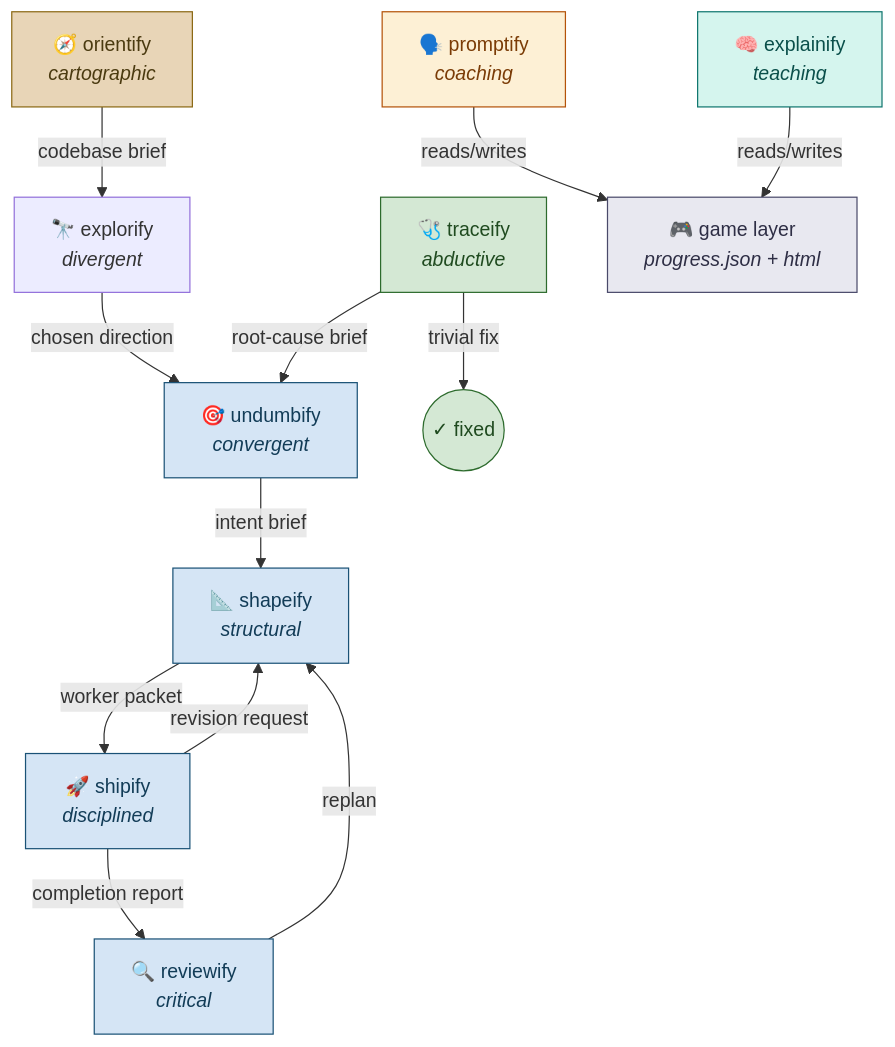
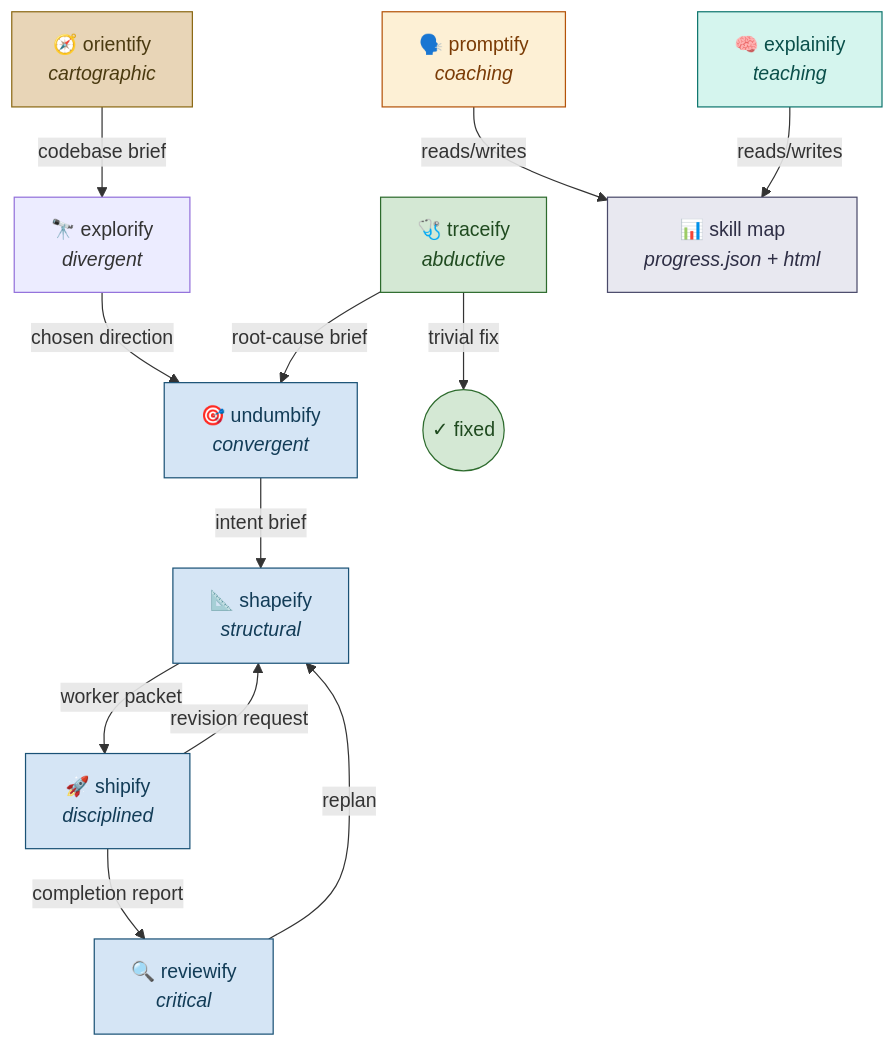
One commit to trykA123/skillify-core changed the diagram in README.md. Above: the diagram before and after it, drawn with Mermaid. The commit also changed other lines of this file and 13 other files, not shown here.

````diff
--- a/README.md
+++ b/README.md
@@ -71,43 +114,43 @@
 ```mermaid
 flowchart TD
     orientify["🧭 orientify<br/><i>cartographic</i>"]
     explorify["🔭 explorify<br/><i>divergent</i>"]
     undumbify["🎯 undumbify<br/><i>convergent</i>"]
     shapeify["📐 shapeify<br/><i>structural</i>"]
     shipify["🚀 shipify<br/><i>disciplined</i>"]
     reviewify["🔍 reviewify<br/><i>critical</i>"]
     traceify["🩺 traceify<br/><i>abductive</i>"]
     promptify["🗣️ promptify<br/><i>coaching</i>"]
     explainify["🧠 explainify<br/><i>teaching</i>"]
-    game["🎮 game layer<br/><i>progress.json + html</i>"]
+    game["📊 skill map<br/><i>progress.json + html</i>"]
 
     orientify -->|codebase brief| explorify
     explorify -->|chosen direction| undumbify
     undumbify -->|intent brief| shapeify
     shapeify -->|worker packet| shipify
     shipify -->|completion report| reviewify
 
     shipify -->|revision request| shapeify
     reviewify -->|replan| shapeify
 
     traceify -->|root-cause brief| undumbify
     traceify -->|trivial fix| traceify_done((✓ fixed))
 
     promptify -->|reads/writes| game
     explainify -->|reads/writes| game
 
     classDef sand fill:#e8d5b7,stroke:#8b6914,color:#4a3a10
     classDef green fill:#d4e8d4,stroke:#2d6b2d,color:#1f4a1f
     classDef blue fill:#d5e5f5,stroke:#1a5276,color:#123c57
     classDef amber fill:#fdf0d5,stroke:#b45309,color:#7a3b06
     classDef teal fill:#d5f5ee,stroke:#0f766e,color:#0a4f4a
     classDef gray fill:#e8e8f0,stroke:#4a4a6a,color:#2e2e45
 
     class orientify sand
     class traceify green
     class traceify_done green
     class undumbify,shapeify,shipify,reviewify blue
     class promptify amber
     class explainify teal
     class game gray
 ```
````
